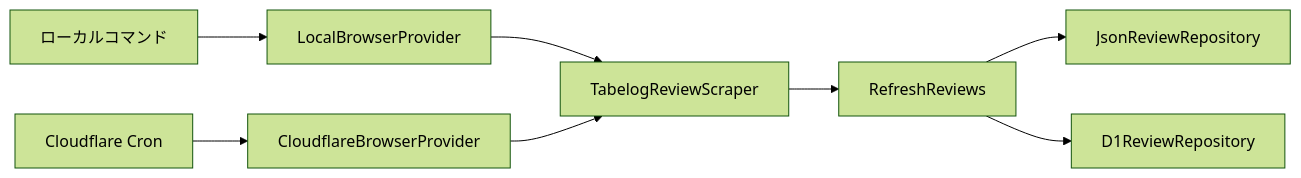
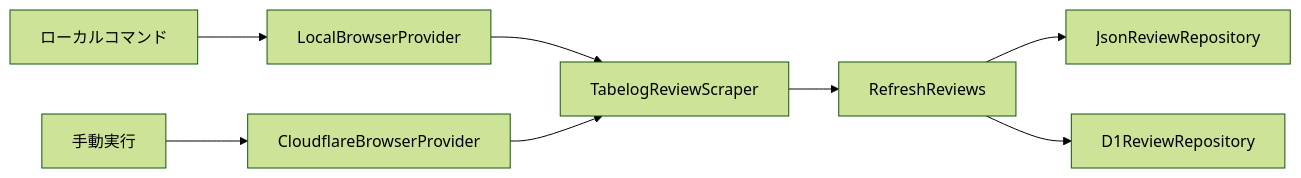
Before and after one commit to wiskty21/write-like-you: the diagram in README.md, drawn with Mermaid (forest theme). The commit also changed other lines of this file and 1 other file, not shown here.

````diff
--- a/README.md
+++ b/README.md
@@ -31,10 +31,10 @@
 ```mermaid
 flowchart LR
     L["ローカルコマンド"] --> LB["LocalBrowserProvider"]
-    C["Cloudflare Cron"] --> CB["CloudflareBrowserProvider"]
+    C["手動実行"] --> CB["CloudflareBrowserProvider"]
     LB --> S["TabelogReviewScraper"]
     CB --> S
     S --> R["RefreshReviews"]
     R --> J["JsonReviewRepository"]
     R --> D["D1ReviewRepository"]
 ```
````
